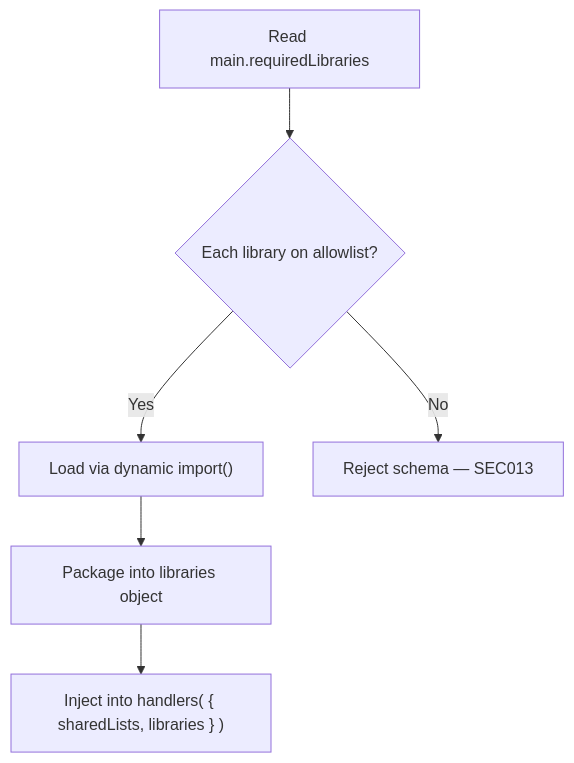
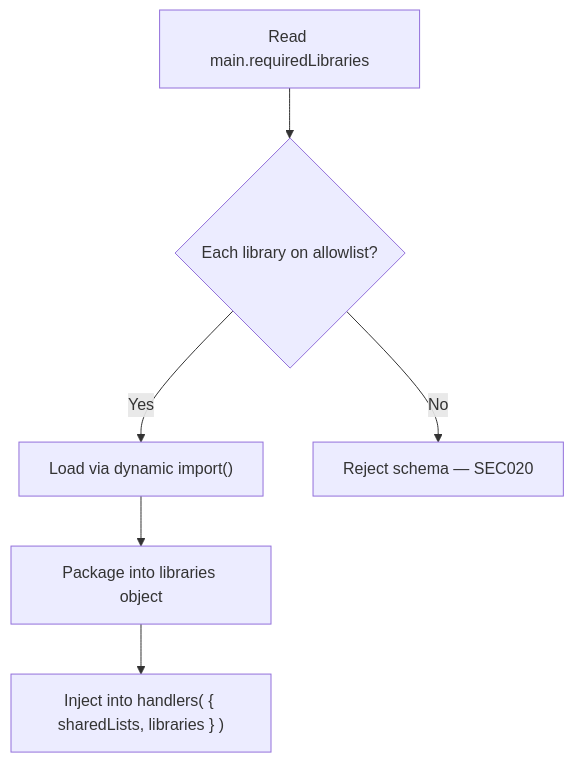
Before and after one commit to FlowMCP/flowmcp-spec: the second of 3 diagrams in generated/docs-payload/05-security.md, drawn with Mermaid. The commit also changed other lines of this file and 5 other files, not shown here.

````diff
--- a/generated/docs-payload/05-security.md
+++ b/generated/docs-payload/05-security.md
@@ -149,8 +149,8 @@
 ```mermaid
 flowchart TD
     A[Read main.requiredLibraries] --> B{Each library on allowlist?}
     B -->|Yes| C["Load via dynamic import()"]
-    B -->|No| D[Reject schema — SEC013]
+    B -->|No| D[Reject schema — SEC020]
     C --> E[Package into libraries object]
     E --> F["Inject into handlers( { sharedLists, libraries } )"]
 ```
````
